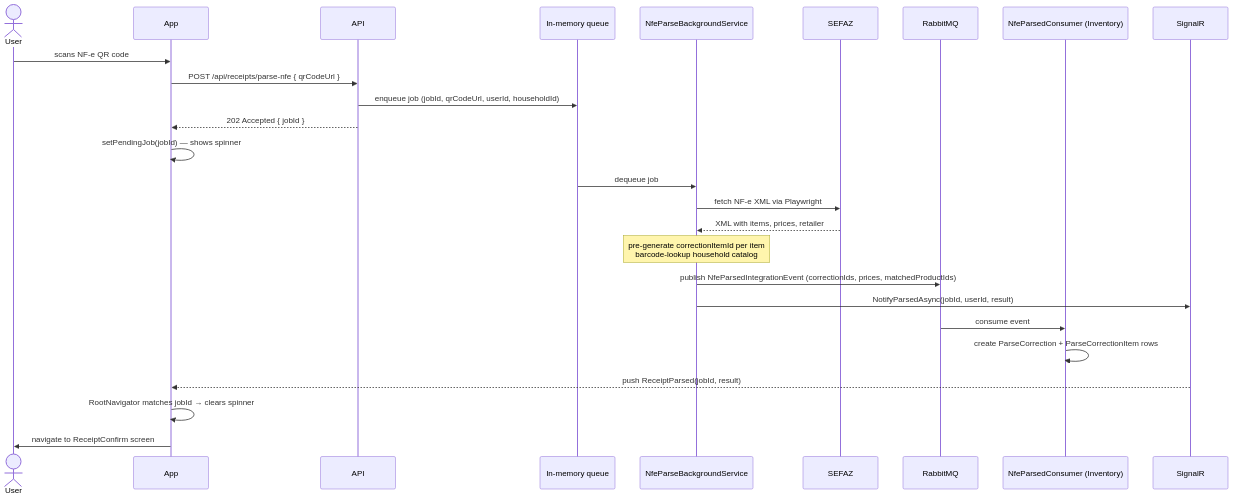
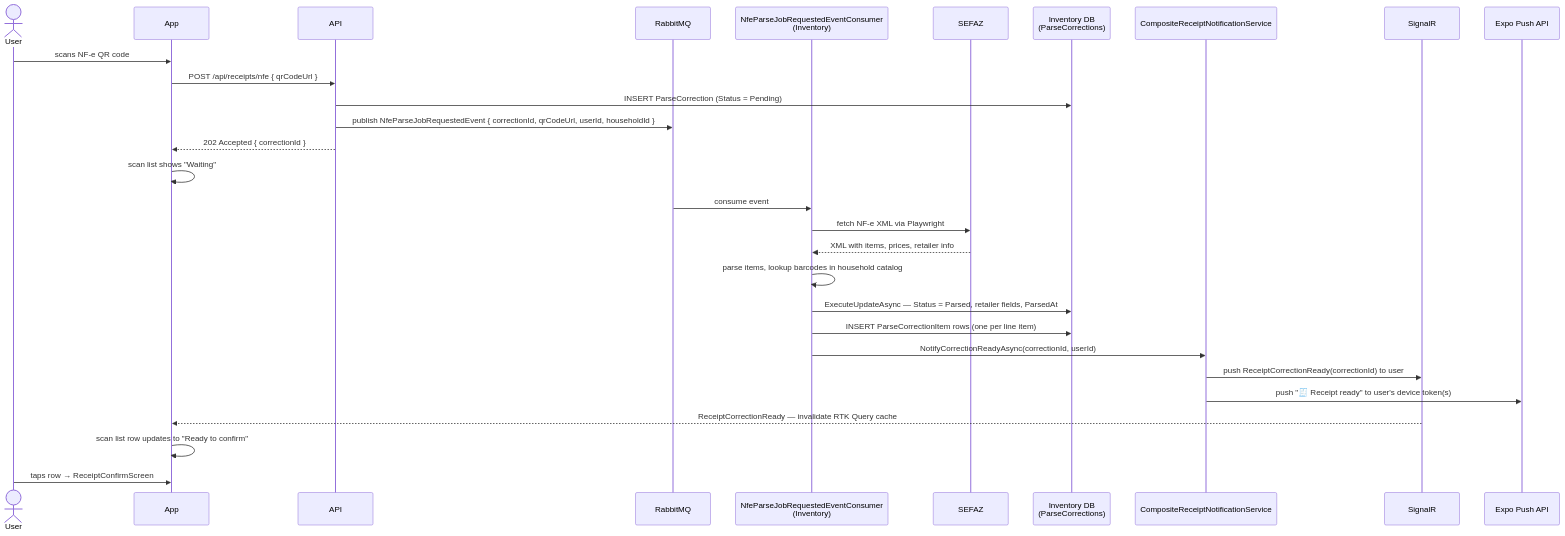
The first of 3 diagrams in README.md (renatojandrade/stoq), drawn with Mermaid before and after one commit. The commit also changed other lines of this file and 95 other files, not shown here.

````diff
--- a/README.md
+++ b/README.md
@@ -15,33 +15,34 @@
 ```mermaid
 sequenceDiagram
     actor User
     participant App
     participant API
-    participant Queue as In-memory queue
-    participant BgService as NfeParseBackgroundService
+    participant MQ as RabbitMQ
+    participant Consumer as NfeParseJobRequestedEventConsumer<br/>(Inventory)
     participant SEFAZ
-    participant MQ as RabbitMQ
-    participant Consumer as NfeParsedConsumer (Inventory)
+    participant DB as Inventory DB<br/>(ParseCorrections)
+    participant Notifier as CompositeReceiptNotificationService
     participant SignalR
+    participant Push as Expo Push API
 
     User->>App: scans NF-e QR code
-    App->>API: POST /api/receipts/parse-nfe { qrCodeUrl }
-    API->>Queue: enqueue job (jobId, qrCodeUrl, userId, householdId)
-    API-->>App: 202 Accepted { jobId }
-    App->>App: setPendingJob(jobId) — shows spinner
-
-    Queue->>BgService: dequeue job
-    BgService->>SEFAZ: fetch NF-e XML via Playwright
-    SEFAZ-->>BgService: XML with items, prices, retailer
-
-    Note over BgService: pre-generate correctionItemId per item<br/>barcode-lookup household catalog
-    BgService->>MQ: publish NfeParsedIntegrationEvent (correctionIds, prices, matchedProductIds)
-    BgService->>SignalR: NotifyParsedAsync(jobId, userId, result)
+    App->>API: POST /api/receipts/nfe { qrCodeUrl }
+    API->>DB: INSERT ParseCorrection (Status = Pending)
+    API->>MQ: publish NfeParseJobRequestedEvent { correctionId, qrCodeUrl, userId, householdId }
+    API-->>App: 202 Accepted { correctionId }
+    App->>App: scan list shows "Waiting"
 
     MQ->>Consumer: consume event
-    Consumer->>Consumer: create ParseCorrection + ParseCorrectionItem rows
+    Consumer->>SEFAZ: fetch NF-e XML via Playwright
+    SEFAZ-->>Consumer: XML with items, prices, retailer info
+    Consumer->>Consumer: parse items, lookup barcodes in household catalog
+    Consumer->>DB: ExecuteUpdateAsync — Status = Parsed, retailer fields, ParsedAt
+    Consumer->>DB: INSERT ParseCorrectionItem rows (one per line item)
+    Consumer->>Notifier: NotifyCorrectionReadyAsync(correctionId, userId)
+    Notifier->>SignalR: push ReceiptCorrectionReady(correctionId) to user
+    Notifier->>Push: push "🧾 Receipt ready" to user's device token(s)
 
-    SignalR-->>App: push ReceiptParsed(jobId, result)
-    App->>App: RootNavigator matches jobId → clears spinner
-    App->>User: navigate to ReceiptConfirm screen
+    SignalR-->>App: ReceiptCorrectionReady — invalidate RTK Query cache
+    App->>App: scan list row updates to "Ready to confirm"
+    User->>App: taps row → ReceiptConfirmScreen
 ```
````
